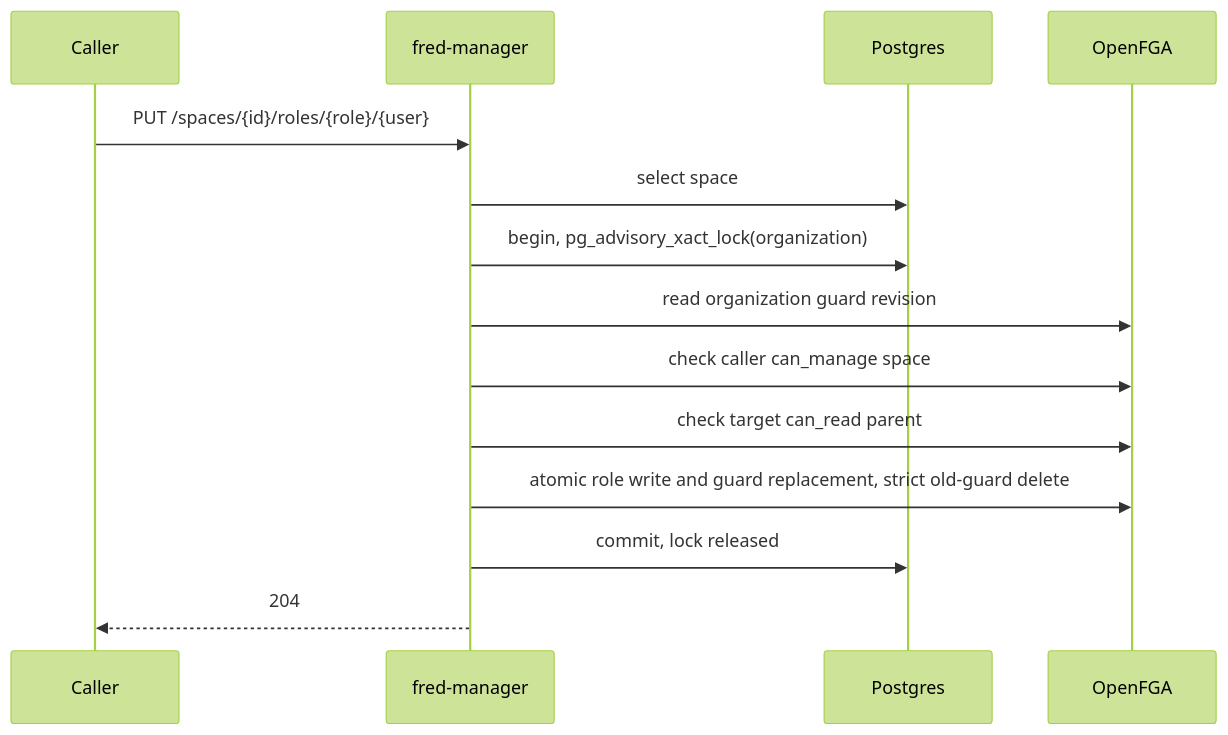
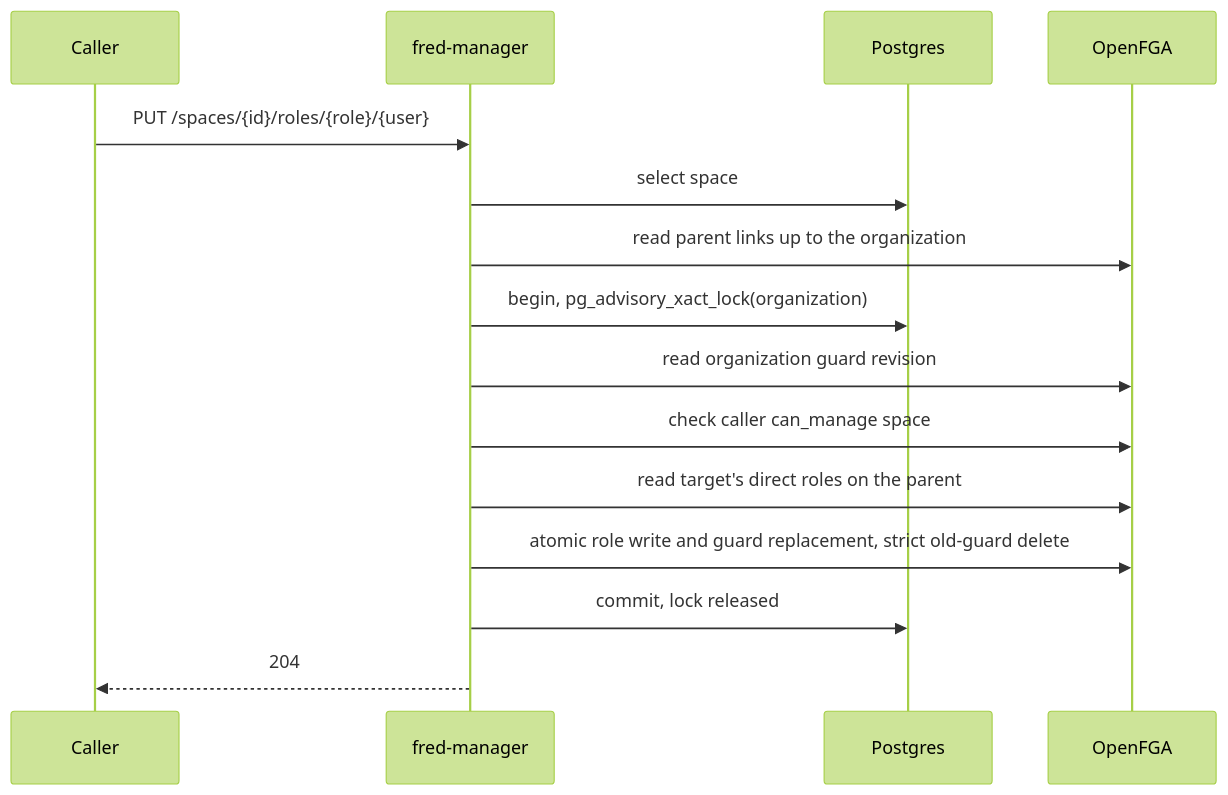
Before and after one commit to ThalesGroup/fred: the fifth of 9 diagrams in docs/architecture/A1-manager-runtime.md, drawn with Mermaid (forest theme). The commit also changed other lines of this file and 32 other files, not shown here.

First line of the commit message:
feat(#3092): move the space tree to OpenFGA with descending roles

````diff
--- a/docs/architecture/A1-manager-runtime.md
+++ b/docs/architecture/A1-manager-runtime.md
@@ -193,16 +214,17 @@
 ```mermaid
 sequenceDiagram
     participant C as Caller
     participant M as fred-manager
     participant PG as Postgres
     participant FGA as OpenFGA
     C->>M: PUT /spaces/{id}/roles/{role}/{user}
     M->>PG: select space
+    M->>FGA: read parent links up to the organization
     M->>PG: begin, pg_advisory_xact_lock(organization)
     M->>FGA: read organization guard revision
     M->>FGA: check caller can_manage space
-    M->>FGA: check target can_read parent
+    M->>FGA: read target's direct roles on the parent
     M->>FGA: atomic role write and guard replacement, strict old-guard delete
     M->>PG: commit, lock released
     M-->>C: 204
 ```
````
